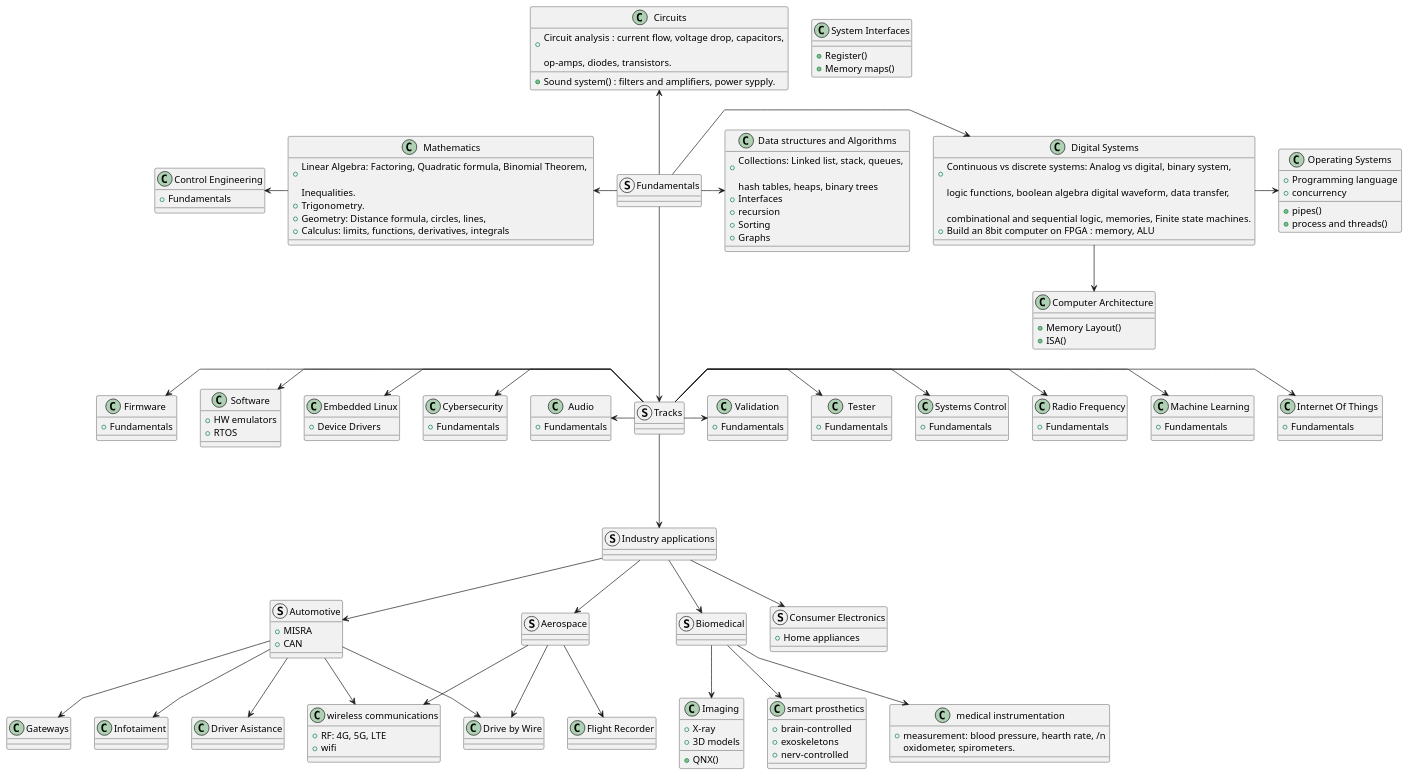
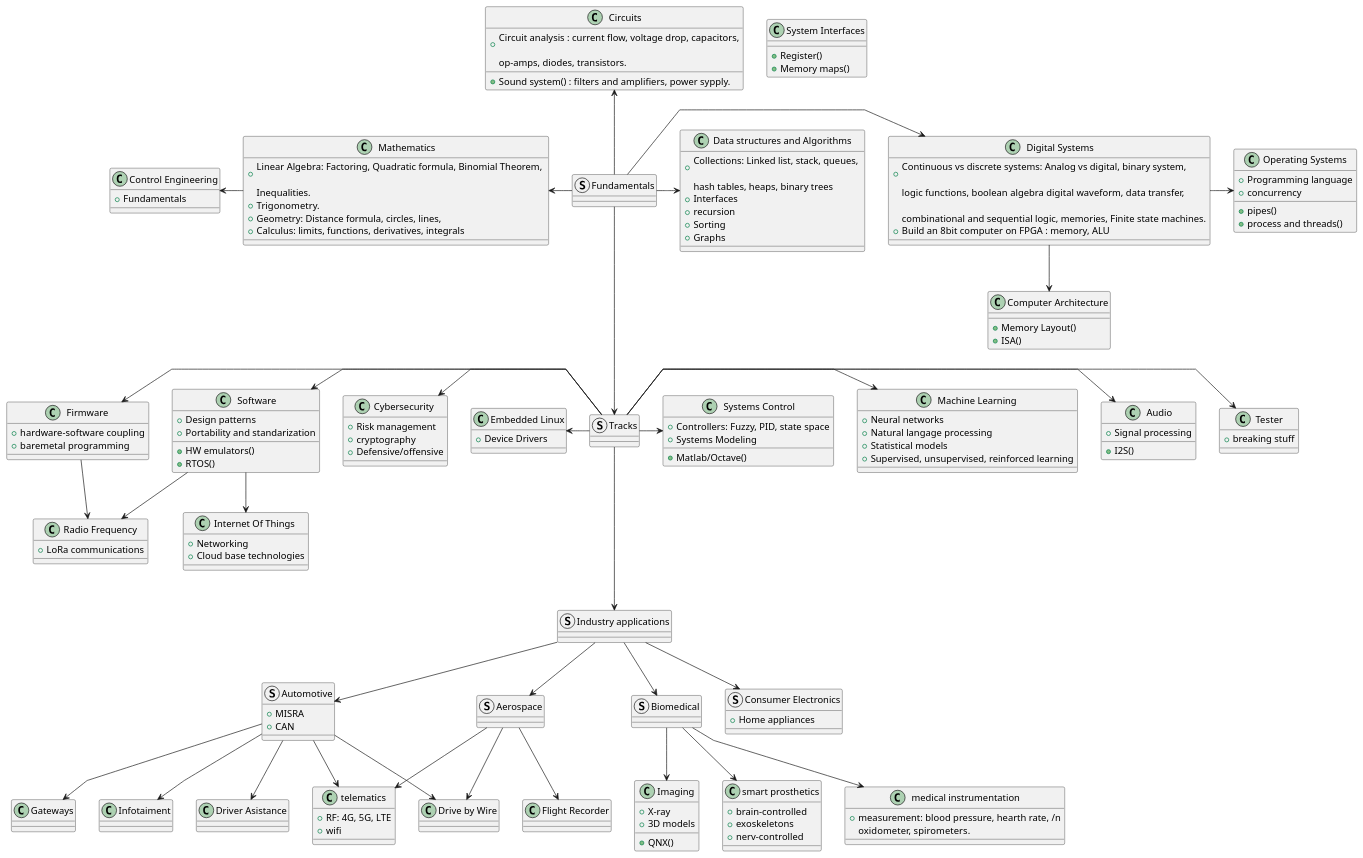
One commit to Killerpug/Embedded-Developer-Roadmap changed the diagram in src/roadmap_overview.md. Above: the diagram before and after it, drawn with PlantUML. The commit also changed 14 other files, not shown here.

```diff
--- a/src/roadmap_overview.md
+++ b/src/roadmap_overview.md
@@ -81,23 +81,32 @@
 
 
 class "Machine Learning " as machine_learning {
-  + Fundamentals
+  + Neural networks
+  + Natural langage processing
+  + Statistical models
+  + Supervised, unsupervised, reinforced learning
 }
 
 class "Cybersecurity " as cybersecurity {
-  + Fundamentals
+  + Risk management
+  + cryptography
+  + Defensive/offensive
 }
 
 class "Firmware " as firmware {
-  + Fundamentals
+  + hardware-software coupling
+  + baremetal programming
 }
 
 class "Internet Of Things " as iot {
-  + Fundamentals
+  + Networking
+  + Cloud base technologies
 }
 
 class "Systems Control" as sys_control {
-  + Fundamentals
+  + Controllers: Fuzzy, PID, state space
+  + Systems Modeling
+  + Matlab/Octave()
 }
 
 class "Embedded Linux" as embedded_linux {
@@ -105,25 +114,26 @@
 }
 
 class "Audio" as audio {
-  + Fundamentals
+  + Signal processing
+  + I2S()
 }
 
 class "Radio Frequency" as radio_frequency {
-  + Fundamentals
+  + LoRa communications
 }
 
 class "Software" as embedded_software {
-  + HW emulators
-  + RTOS
+  + Design patterns
+  + Portability and standarization
+  + HW emulators()
+  + RTOS()
 }
 
 class "Tester" as tester {
-  + Fundamentals
+  + breaking stuff
 }
 
-class "Validation" as validation {
-  + Fundamentals
-}
+
 
 
 
@@ -198,7 +208,7 @@
    + Home appliances
 }
 
-class "wireless communications" as wireless_comms{
+class "telematics" as telematics{
    + RF: 4G, 5G, LTE
    + wifi
 }
@@ -215,17 +225,18 @@
 
 Fundamentals --d-> Tracks
 
-Tracks -l-> audio
+
 Tracks -l-> cybersecurity
 Tracks -l-> embedded_linux
 Tracks -l-> embedded_software
 Tracks -l-> firmware
-Tracks -r-> iot
 Tracks -r-> machine_learning
-Tracks -r-> radio_frequency
 Tracks -r-> sys_control
 Tracks -r-> tester
-Tracks -r-> validation
+Tracks -r-> audio
+embedded_software --> iot
+embedded_software --> radio_frequency
+firmware --> radio_frequency
 
 Tracks --d-> Industry_applications
 
@@ -235,12 +246,12 @@
 Industry_applications --> Consumer_Electronics
 Aerospace --> drive_by_wire
 Aerospace --> flight_recorder
-Aerospace --> wireless_comms
+Aerospace --> telematics
 Automotive --> drive_by_wire
 Automotive --> gateways
 Automotive --> infotaiment
 Automotive --> driver_assistance
-Automotive --> wireless_comms
+Automotive --> telematics
 Biomedical --> imaging
 Biomedical --> smart_prost
 Biomedical --> medical_instrumentation
```
